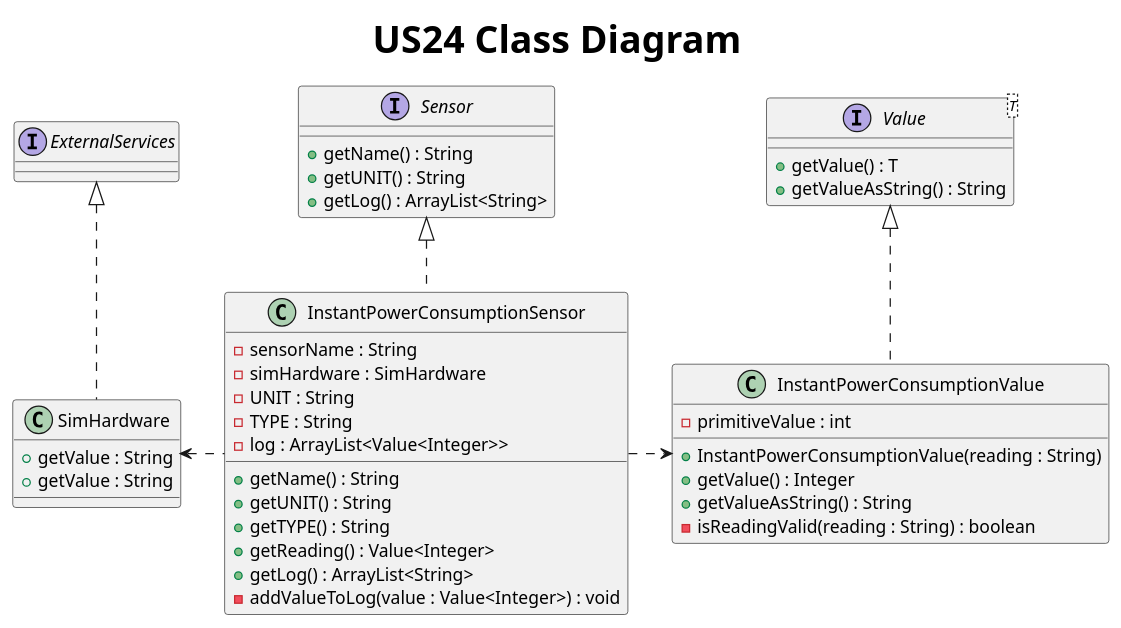
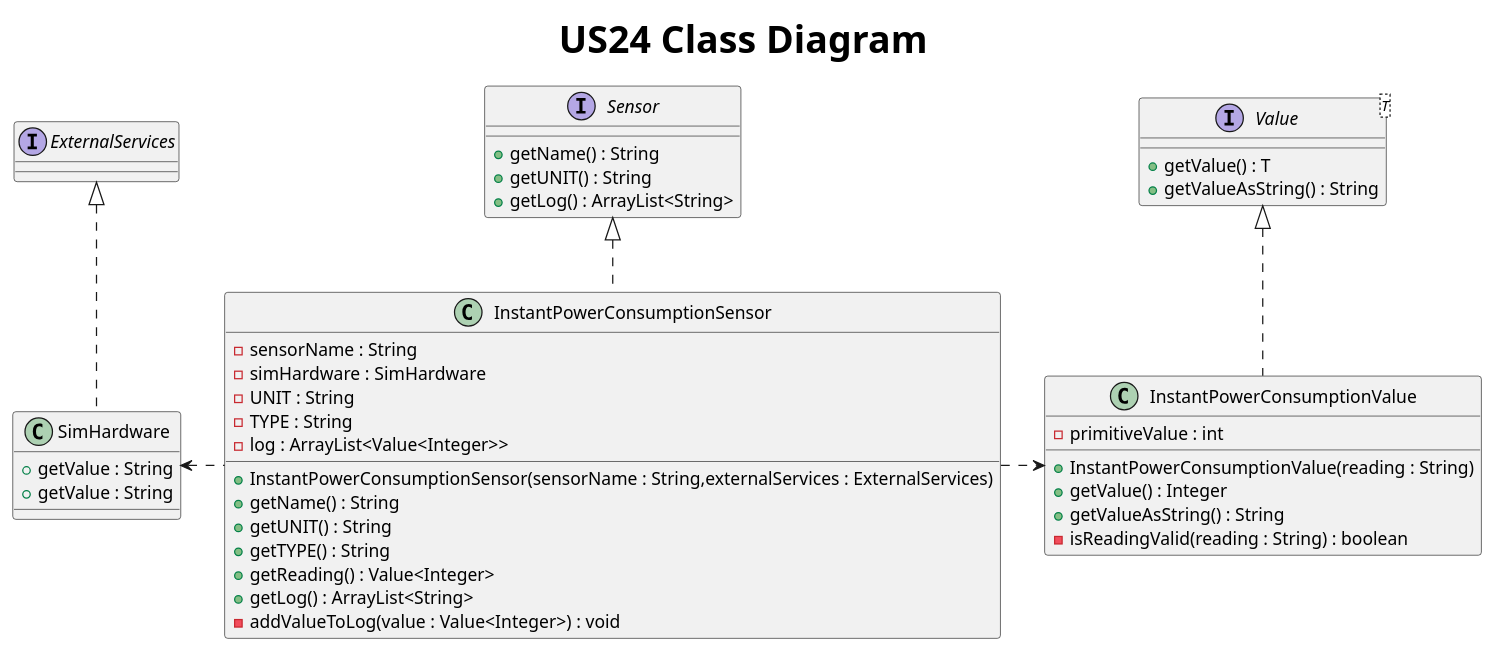
One commit to AfonsoNeves77/smartHouse changed the diagram in Docs/US24/S3US24ClassDiagram.puml. Above: the diagram before and after it, drawn with PlantUML. The commit also changed 5 other files, not shown here.

Commit message:
Team review: added sensor constructor methods to sensor class diagrams.

```diff
--- a/Docs/US24/S3US24ClassDiagram.puml
+++ b/Docs/US24/S3US24ClassDiagram.puml
@@ -1,53 +1,54 @@
 @startuml
 title <size: 30> US24 Class Diagram
 
 interface Sensor {
     + getName() : String
     + getUNIT() : String
     + getLog() : ArrayList<String>
 }
 
 interface Value<T> {
     + getValue() : T
     + getValueAsString() : String
 }
 
 interface ExternalServices {
 }
 
 class InstantPowerConsumptionSensor{
     - sensorName : String
     - simHardware : SimHardware
     - UNIT : String
     - TYPE : String
     - log : ArrayList<Value<Integer>>
 
+    +InstantPowerConsumptionSensor(sensorName : String,externalServices : ExternalServices)
     + getName() : String
     + getUNIT() : String
     + getTYPE() : String
     + getReading() : Value<Integer>
     + getLog() : ArrayList<String>
     - addValueToLog(value : Value<Integer>) : void
 }
 
 class InstantPowerConsumptionValue{
     - primitiveValue : int
 
     + InstantPowerConsumptionValue(reading : String)
     + getValue() : Integer
     + getValueAsString() : String
     - isReadingValid(reading : String) : boolean
 }
 
 class SimHardware{
     + getValue : String
     + getValue : String /'Tiago tem que ver isto. Overload de método pode causar problemas'/
 }
 
 Value <|.. InstantPowerConsumptionValue
 Sensor <|.. InstantPowerConsumptionSensor
 ExternalServices <|.. SimHardware
 InstantPowerConsumptionSensor .right.> InstantPowerConsumptionValue
 InstantPowerConsumptionSensor .left.> SimHardware
 
 @enduml
```
